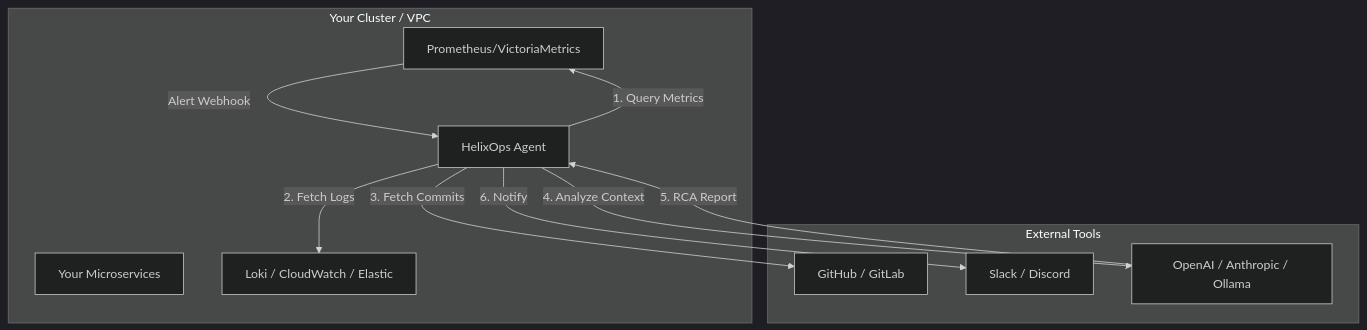
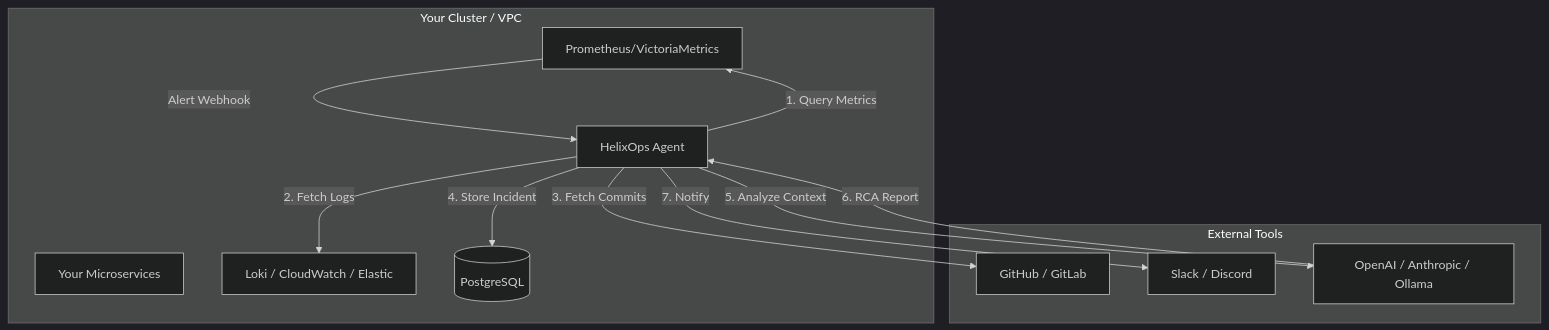
Before and after one commit to laban254/helixOps: the diagram in README.md, drawn with Mermaid (dark theme). The commit also changed other lines of this file, not shown here.

Commit message:
feat: Update README with Helm install and PostgreSQL integration details

````diff
--- a/README.md
+++ b/README.md
@@ -64,25 +65,27 @@
 ```mermaid
 graph TD
     subgraph User Infrastructure [Your Cluster / VPC]
         App[Your Microservices]
         Prom[Prometheus/VictoriaMetrics]
         Logs[Loki / CloudWatch / Elastic]
+        DB[(PostgreSQL)]
         
         Helix[HelixOps Agent]
     end
     
     subgraph External Tools
         Git[GitHub / GitLab]
         Slack[Slack / Discord]
         LLM[OpenAI / Anthropic / Ollama]
     end
 
     Prom -->|Alert Webhook| Helix
     Helix -->|1. Query Metrics| Prom
     Helix -->|2. Fetch Logs| Logs
     Helix -->|3. Fetch Commits| Git
+    Helix -->|4. Store Incident| DB
     
-    Helix -->|4. Analyze Context| LLM
-    LLM -->|5. RCA Report| Helix
-    Helix -->|6. Notify| Slack
+    Helix -->|5. Analyze Context| LLM
+    LLM -->|6. RCA Report| Helix
+    Helix -->|7. Notify| Slack
 ```
````
